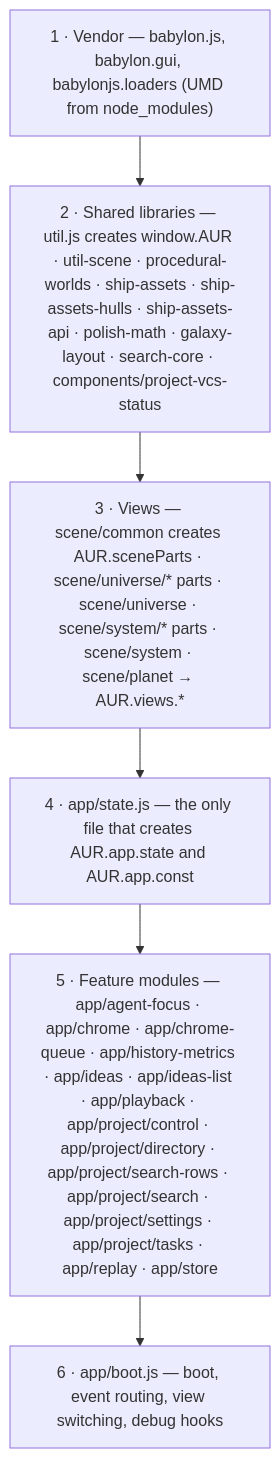
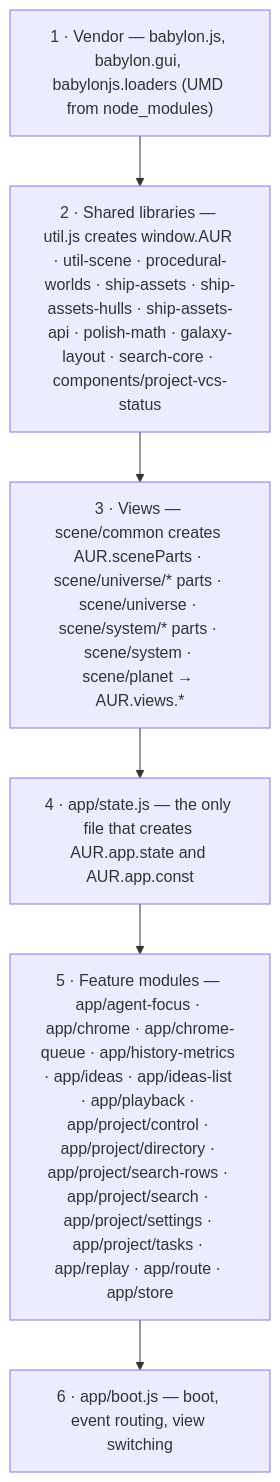
The fourth of 4 diagrams in .docs/architecture.md (MatthewNorton/agent-orrery), drawn with Mermaid before and after one commit. The commit also changed other lines of this file and 1 other file, not shown here.

First line of the commit message:
Architecture notes: rows for this pull request's files

````diff
--- a/.docs/architecture.md
+++ b/.docs/architecture.md
@@ -436,10 +438,10 @@
 ```mermaid
 flowchart TB
   V["1 · Vendor — babylon.js, babylon.gui, babylonjs.loaders (UMD from node_modules)"]
   L["2 · Shared libraries — util.js creates window.AUR · util-scene · procedural-worlds · ship-assets · ship-assets-hulls · ship-assets-api · polish-math · galaxy-layout · search-core · components/project-vcs-status"]
   S["3 · Views — scene/common creates AUR.sceneParts · scene/universe/* parts · scene/universe · scene/system/* parts · scene/system · scene/planet → AUR.views.*"]
   ST["4 · app/state.js — the only file that creates AUR.app.state and AUR.app.const"]
-  M["5 · Feature modules — app/agent-focus · app/chrome · app/chrome-queue · app/history-metrics · app/ideas · app/ideas-list · app/playback · app/project/control · app/project/directory · app/project/search-rows · app/project/search · app/project/settings · app/project/tasks · app/replay · app/store"]
-  A["6 · app/boot.js — boot, event routing, view switching, debug hooks"]
+  M["5 · Feature modules — app/agent-focus · app/chrome · app/chrome-queue · app/history-metrics · app/ideas · app/ideas-list · app/playback · app/project/control · app/project/directory · app/project/search-rows · app/project/search · app/project/settings · app/project/tasks · app/replay · app/route · app/store"]
+  A["6 · app/boot.js — boot, event routing, view switching"]
   V --> L --> S --> ST --> M --> A
 ```
````
